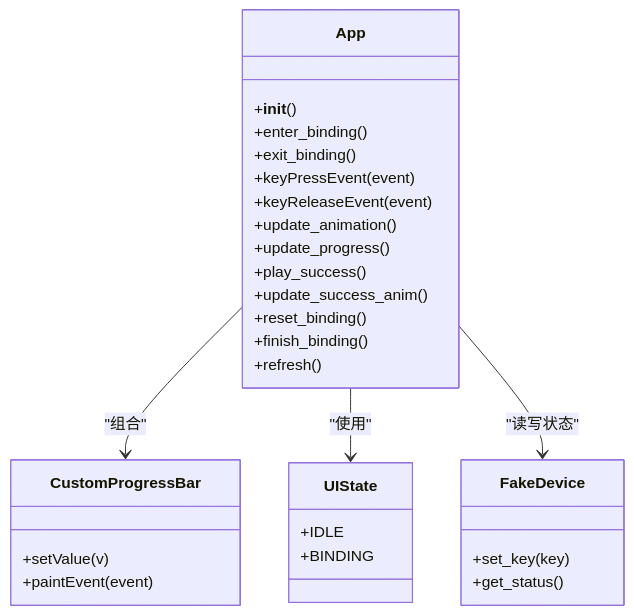
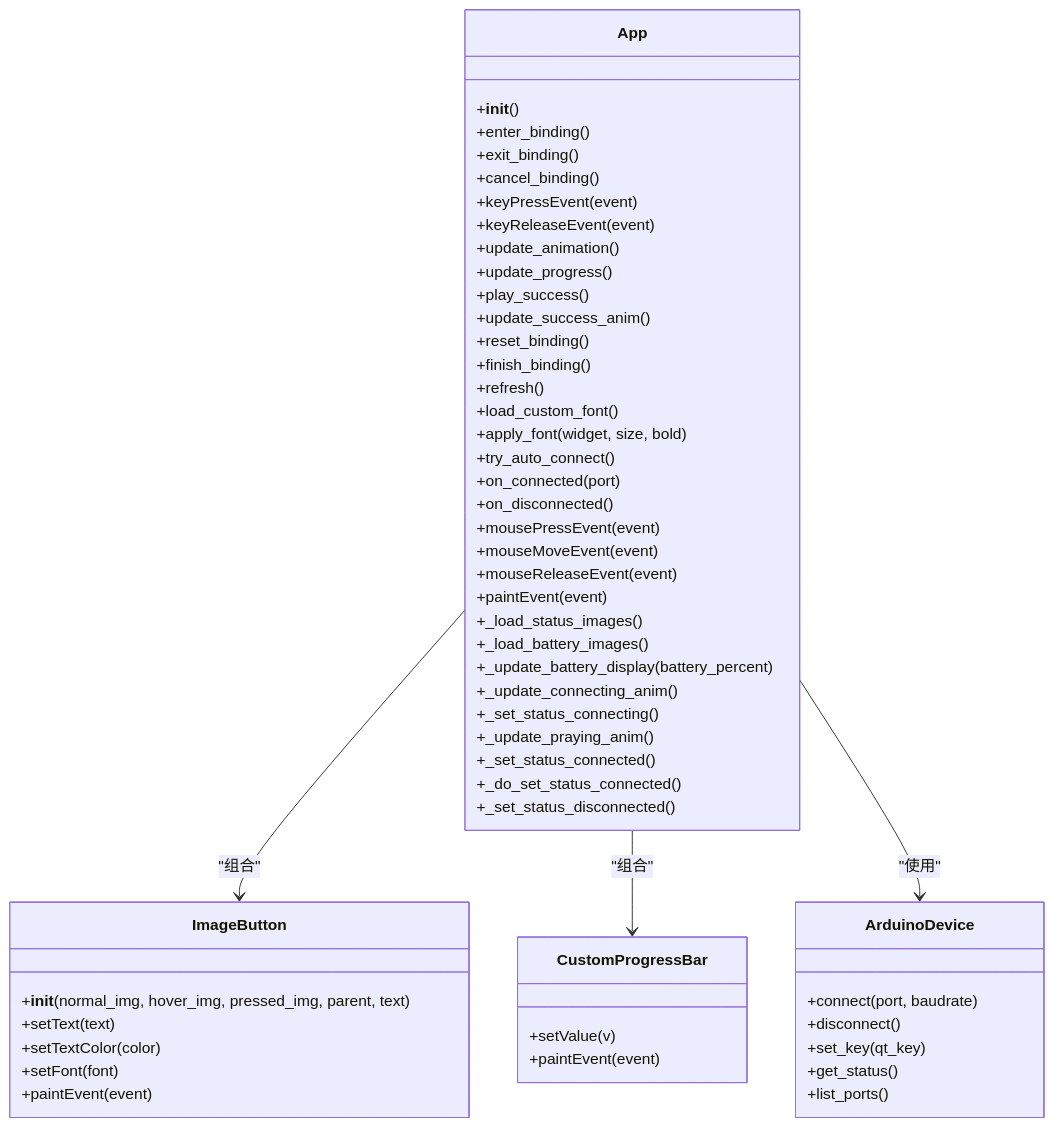
One commit to Hankun-P/wireless-keyboard-toy changed the third of 8 diagrams in .qoder/repowiki/zh/content/桌面应用架构/用户界面组件.md. Above: the diagram before and after it, drawn with Mermaid. The commit also changed other lines of this file and 10 other files, not shown here.

````diff
--- a/.qoder/repowiki/zh/content/桌面应用架构/用户界面组件.md
+++ b/.qoder/repowiki/zh/content/桌面应用架构/用户界面组件.md
@@ -141,32 +180,57 @@
 ```mermaid
 classDiagram
 class App {
 +__init__()
 +enter_binding()
 +exit_binding()
++cancel_binding()
 +keyPressEvent(event)
 +keyReleaseEvent(event)
 +update_animation()
 +update_progress()
 +play_success()
 +update_success_anim()
 +reset_binding()
 +finish_binding()
 +refresh()
++load_custom_font()
++apply_font(widget, size, bold)
++try_auto_connect()
++on_connected(port)
++on_disconnected()
++mousePressEvent(event)
++mouseMoveEvent(event)
++mouseReleaseEvent(event)
++paintEvent(event)
++_load_status_images()
++_load_battery_images()
++_update_battery_display(battery_percent)
++_update_connecting_anim()
++_set_status_connecting()
++_update_praying_anim()
++_set_status_connected()
++_do_set_status_connected()
++_set_status_disconnected()
+}
+class ImageButton {
++__init__(normal_img, hover_img, pressed_img, parent, text)
++setText(text)
++setTextColor(color)
++setFont(font)
++paintEvent(event)
 }
 class CustomProgressBar {
 +setValue(v)
 +paintEvent(event)
 }
-class UIState {
-+IDLE
-+BINDING
+class ArduinoDevice {
++connect(port, baudrate)
++disconnect()
++set_key(qt_key)
++get_status()
++list_ports()
 }
-class FakeDevice {
-+set_key(key)
-+get_status()
-}
+App --> ImageButton : "组合"
 App --> CustomProgressBar : "组合"
-App --> UIState : "使用"
-App --> FakeDevice : "读写状态"
+App --> ArduinoDevice : "使用"
 ```
````
